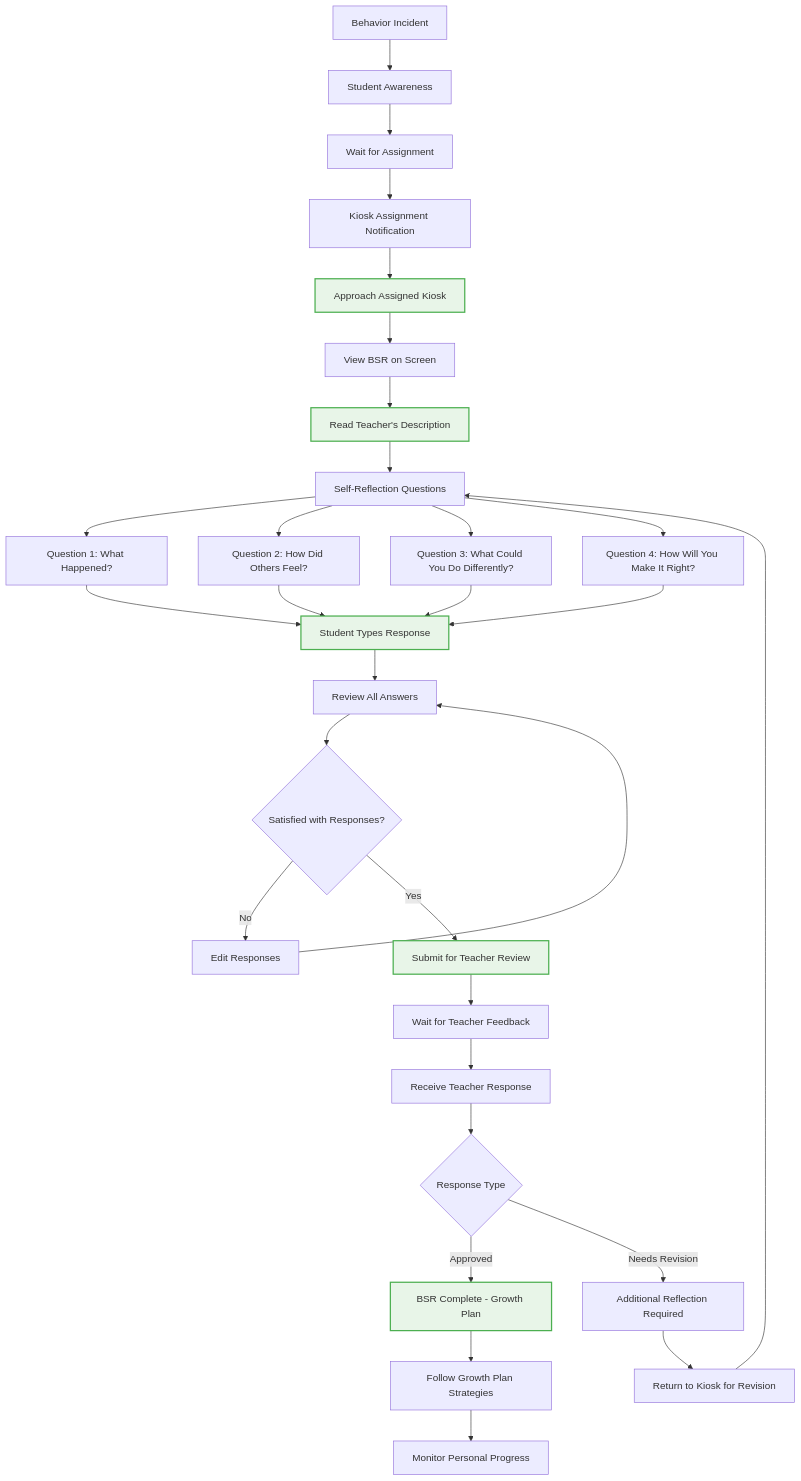
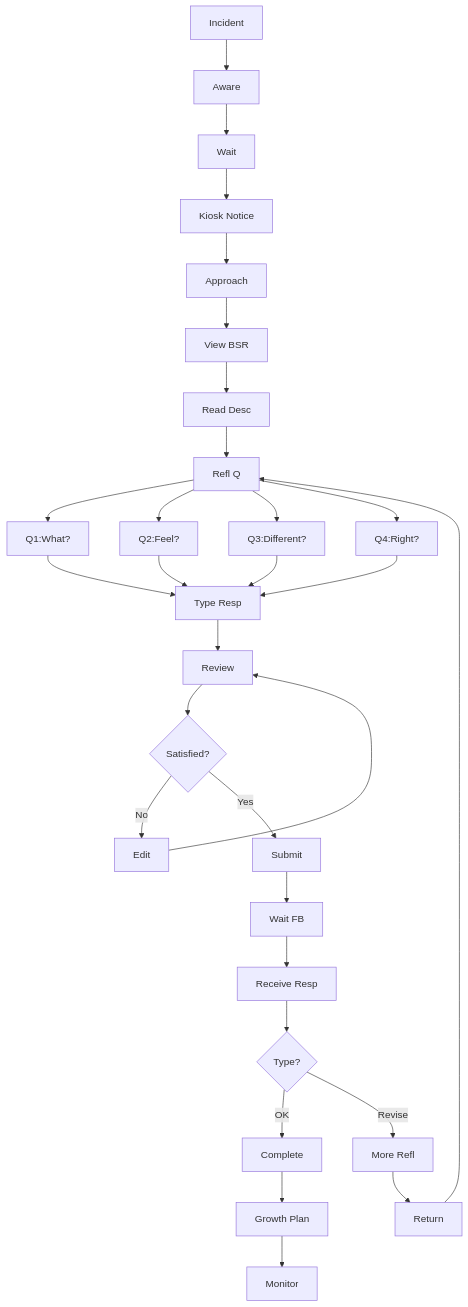
One commit to Splurfa/bx-os changed the second of 4 diagrams in docs/flowcharts/User-Journeys/11-complete-student-journey.md. Above: the diagram before and after it, drawn with Mermaid. The commit also changed other lines of this file and 6 other files, not shown here.

Commit message:
Fix Mermaid text cutoff with basic syntax

````diff
--- a/docs/flowcharts/User-Journeys/11-complete-student-journey.md
+++ b/docs/flowcharts/User-Journeys/11-complete-student-journey.md
@@ -38,46 +54,40 @@
 ```mermaid
 flowchart TD
-    A[Behavior Incident] --> B[Student Awareness]
-    B --> C[Wait for Assignment]
-    C --> D[Kiosk Assignment Notification]
+    A[Incident] --> B[Aware]
+    B --> C[Wait]
+    C --> D[Kiosk Notice]
     
-    D --> E[Approach Assigned Kiosk]
-    E --> F[View BSR on Screen]
-    F --> G[Read Teacher's Description]
+    D --> E[Approach]
+    E --> F[View BSR]
+    F --> G[Read Desc]
     
-    G --> H[Self-Reflection Questions]
-    H --> I[Question 1: What Happened?]
-    H --> J[Question 2: How Did Others Feel?]
-    H --> K[Question 3: What Could You Do Differently?]
-    H --> L[Question 4: How Will You Make It Right?]
+    G --> H[Refl Q]
+    H --> I[Q1:What?]
+    H --> J[Q2:Feel?]
+    H --> K[Q3:Different?]
+    H --> L[Q4:Right?]
     
-    I --> M[Student Types Response]
+    I --> M[Type Resp]
     J --> M
     K --> M
     L --> M
     
-    M --> N[Review All Answers]
-    N --> O{Satisfied with Responses?}
-    O -->|No| P[Edit Responses]
-    O -->|Yes| Q[Submit for Teacher Review]
+    M --> N[Review]
+    N --> O{Satisfied?}
+    O -->|No| P[Edit]
+    O -->|Yes| Q[Submit]
     
     P --> N
-    Q --> R[Wait for Teacher Feedback]
+    Q --> R[Wait FB]
     
-    R --> S[Receive Teacher Response]
-    S --> T{Response Type}
-    T -->|Approved| U[BSR Complete - Growth Plan]
-    T -->|Needs Revision| V[Additional Reflection Required]
+    R --> S[Receive Resp]
+    S --> T{Type?}
+    T -->|OK| U[Complete]
+    T -->|Revise| V[More Refl]
     
-    V --> W[Return to Kiosk for Revision]
+    V --> W[Return]
     W --> H
     
-    U --> X[Follow Growth Plan Strategies]
-    X --> Y[Monitor Personal Progress]
-    
-    style E fill:#e8f5e8,stroke:#4caf50,stroke-width:2px
-    style G fill:#e8f5e8,stroke:#4caf50,stroke-width:2px
-    style M fill:#e8f5e8,stroke:#4caf50,stroke-width:2px
-    style Q fill:#e8f5e8,stroke:#4caf50,stroke-width:2px
-    style U fill:#e8f5e8,stroke:#4caf50,stroke-width:2px
+    U --> X[Growth Plan]
+    X --> Y[Monitor]
 ```
````
